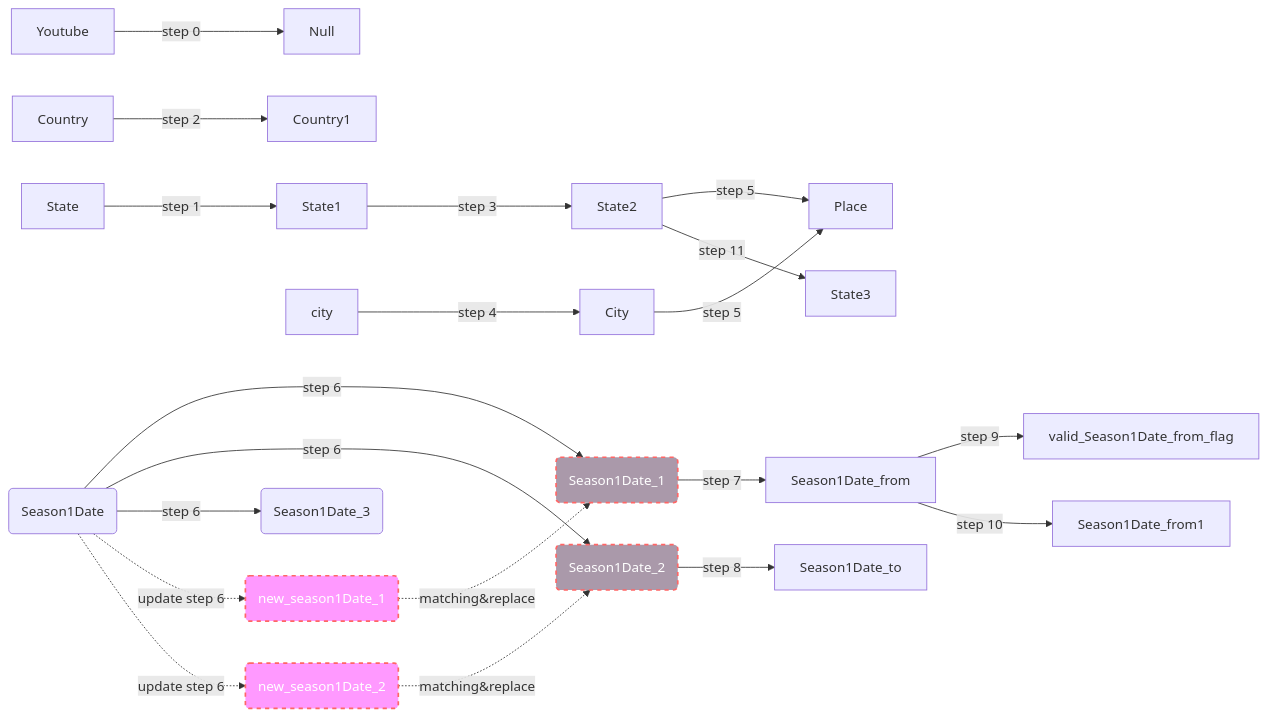
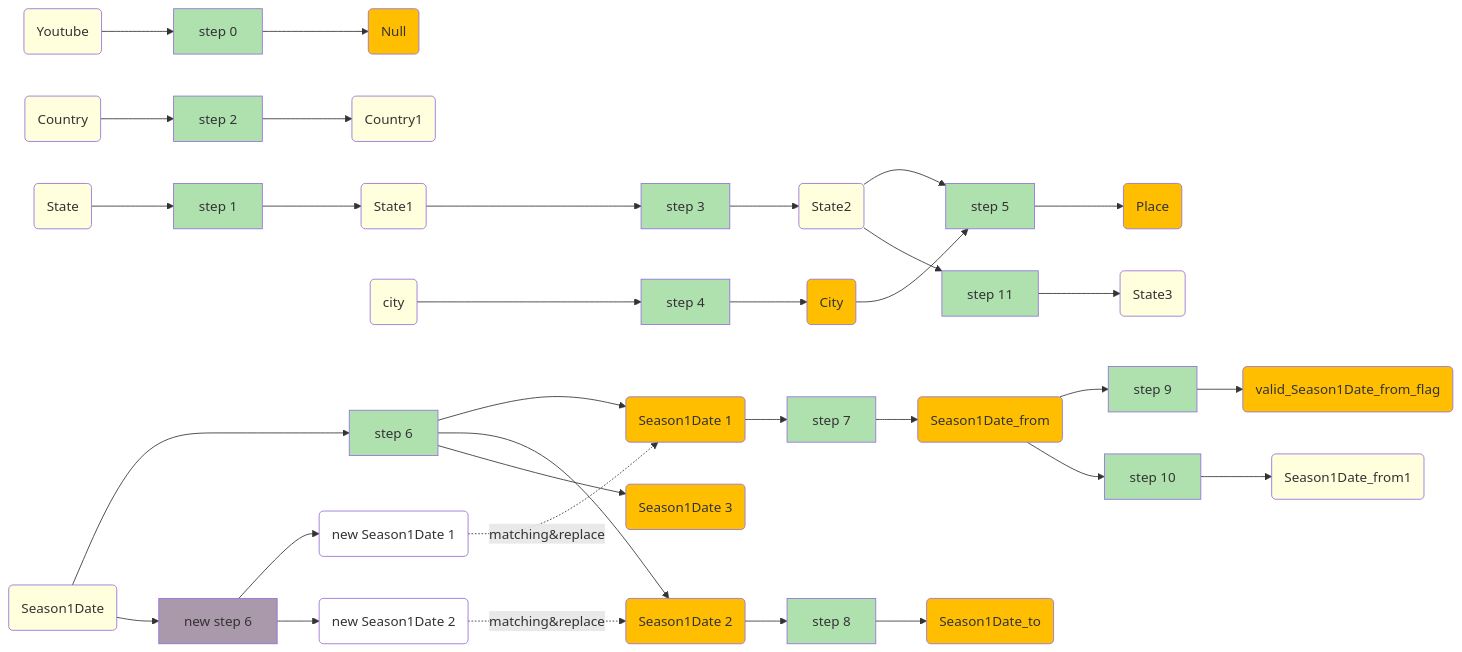
One commit to idaks/ORMA-IDCC-2021 changed the diagram in demo.md. Above: the diagram before and after it, drawn with Mermaid. The commit also changed 3 other files, not shown here.

````diff
--- a/demo.md
+++ b/demo.md
@@ -1,27 +1,93 @@
 ```mermaid
+
 graph LR
-   Youtube --> |step 0| Null;
-   State --> |step 1| State1;
-   Country --> |step 2| Country1;
-   State1 --> |step 3| State2;
-   city --> |step 4| City;
-   State2 & City--> |step 5| Place;
-   id1(Season1Date) --> |step 6| id2(Season1Date_1);
-   id1(Season1Date) --> |step 6| id3(Season1Date_2);
-   id1(Season1Date) --> |step 6| id4(Season1Date_3);
-   id1(Season1Date)-. update step 6 .-> id5(new_season1Date_1);
-   id1(Season1Date)-. update step 6 .-> id6(new_season1Date_2);
-   style id5 fill:#f9f,stroke:#f66,stroke-width:2px,color:#fff,stroke-dasharray: 5 5
-   style id6 fill:#f9f,stroke:#f66,stroke-width:2px,color:#fff,stroke-dasharray: 5 5
+   col0(Youtube) --> id0[step 0]
+   id0 --> col1(Null);
+   style col0 fill:#ffd
+   style id0 fill:#afe1af
+   style col1 fill:#FFBF00
 
-   id2(Season1Date_1) --> |step 7| Season1Date_from;
-   id3(Season1Date_2) --> |step 8| Season1Date_to;
-   Season1Date_from --> |step 9| valid_Season1Date_from_flag
-   Season1Date_from --> |step 10| Season1Date_from1
-   State2 --> |step 11| State3
+   col2(State) --> id1[step 1]
+   id1[step 1] --> col3(State1);
+   style col2 fill:#ffd
+   style id1 fill:#afe1af
+   style col3 fill:#ffd
 
-   id5(new_season1Date_1) -. matching&replace.->id2(Season1Date_1)
-   id6(new_season1Date_2) -. matching&replace.->id3(Season1Date_2)
-   style id2 fill:#a9a,stroke:#f66,stroke-width:2px,color:#fff,stroke-dasharray: 5 5
-   style id3 fill:#a9a,stroke:#f66,stroke-width:2px,color:#fff,stroke-dasharray: 5 5
+
+   col4(Country) --> id2[step 2]
+   id2 --> col5(Country1);
+   style col3 fill:#ffd
+   style id2 fill:#afe1af
+   style col4 fill:#ffd
+   style col5 fill:#ffd
+
+
+   col3 --> id3[step 3]
+   id3[step 3] --> col6(State2);
+   style id3 fill:#afe1af
+   style col6 fill:#ffd
+
+
+
+   col7(city) --> id4[step 4]
+   id4[step 4]--> col8(City)
+   style col7 fill:#ffd
+   style id4 fill:#afe1af
+   style col8 fill:#FFBF00
+
+
+   col6 --> id5[step 5]
+   id5[step 5] --> col9(Place)
+   col8 --> id5[step 5]
+   style id5 fill:#afe1af
+   style col9 fill:#FFBF00
+
+
+   col10(Season1Date) --> id6[step 6]
+   id6[step 6] --> col11(Season1Date 1)
+   id6[step 6] --> col12(Season1Date 2)
+   id6[step 6] --> col13(Season1Date 3)
+   style id6 fill:#afe1af
+   style col10 fill:#ffd
+   style col11 fill:#FFBF00
+   style col12 fill:#FFBF00
+   style col13 fill:#FFBF00
+
+   col11 --> id7[step 7]
+   id7[step 7] --> col14(Season1Date_from)
+   style id7 fill:#afe1af
+   style col14 fill:#FFBF00
+
+   col12 --> id8[step 8]
+   id8[step 8] --> col15(Season1Date_to)
+   style id8 fill:#afe1af
+   style col15 fill:#FFBF00
+
+   col14 --> id9[step 9]
+   id9[step 9] --> col16(valid_Season1Date_from_flag)
+   style id9 fill:#afe1af
+   style col16 fill:#FFBF00
+
+   col14 --> id10[step 10]
+   id10[step 10] --> col17(Season1Date_from1)
+   style id10 fill:#afe1af
+   style col17 fill:#ffd
+
+
+   col6 --> id11[step 11]
+   id11[step 11] --> col18(State3)
+   style id11 fill:#afe1af
+   style col18 fill:#ffd
+
+
+   col10(Season1Date) --> id12[new step 6]
+   id12 --> col19(new Season1Date 1)
+   id12 --> col20(new Season1Date 2)
+   style id12 fill:#a9a
+   style col19 fill:#fff
+   style col20 fill:#fff
+
+   col19 -. matching&replace.->col11
+   col20 -. matching&replace.->col12
+   
 ```
````
